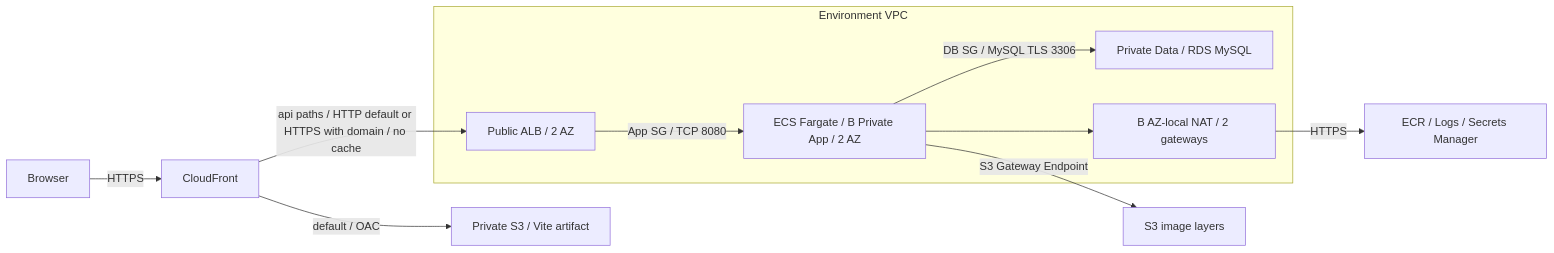
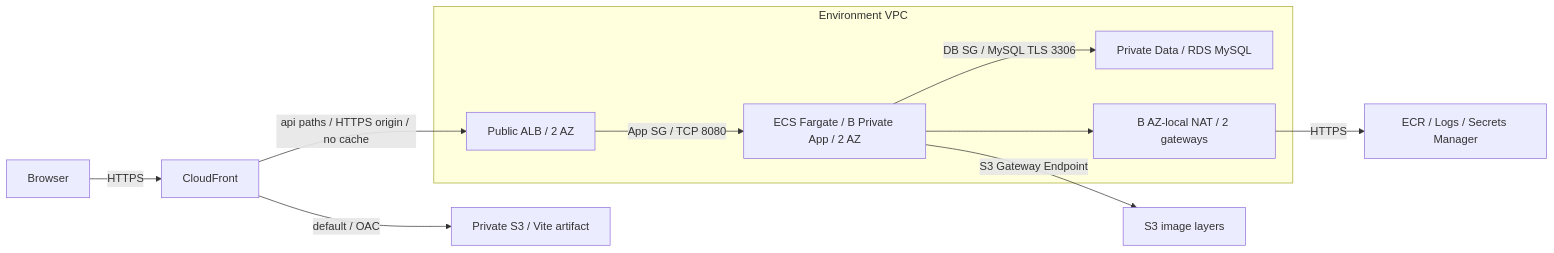
One commit to youneedpython/MoodFit-v3 changed the first of 2 diagrams in docs/13-AWS-ARCHITECTURE.md. Above: the diagram before and after it, drawn with Mermaid. The commit also changed other lines of this file and 5 other files, not shown here.

````diff
--- a/docs/13-AWS-ARCHITECTURE.md
+++ b/docs/13-AWS-ARCHITECTURE.md
@@ -34,13 +34,13 @@
 ```mermaid
 flowchart LR
   User[Browser] -->|HTTPS| CF[CloudFront]
   CF -->|default / OAC| S3[Private S3 / Vite artifact]
-  CF -->|api paths / HTTP default or HTTPS with domain / no cache| ALB[Public ALB / 2 AZ]
+  CF -->|api paths / HTTPS origin / no cache| ALB[Public ALB / 2 AZ]
   subgraph VPC[Environment VPC]
     ALB -->|App SG / TCP 8080| ECS[ECS Fargate / B Private App / 2 AZ]
     ECS -->|DB SG / MySQL TLS 3306| RDS[Private Data / RDS MySQL]
     ECS --> OUT[B AZ-local NAT / 2 gateways]
   end
   OUT -->|HTTPS| Services[ECR / Logs / Secrets Manager]
   ECS -->|S3 Gateway Endpoint| Layers[S3 image layers]
 ```
````
